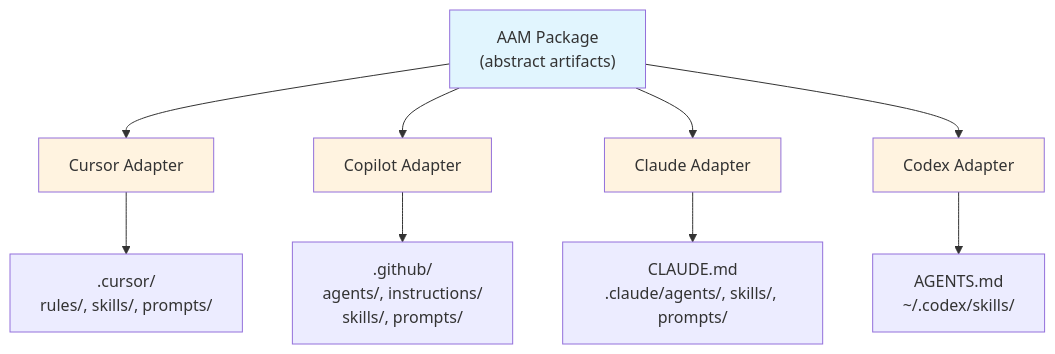
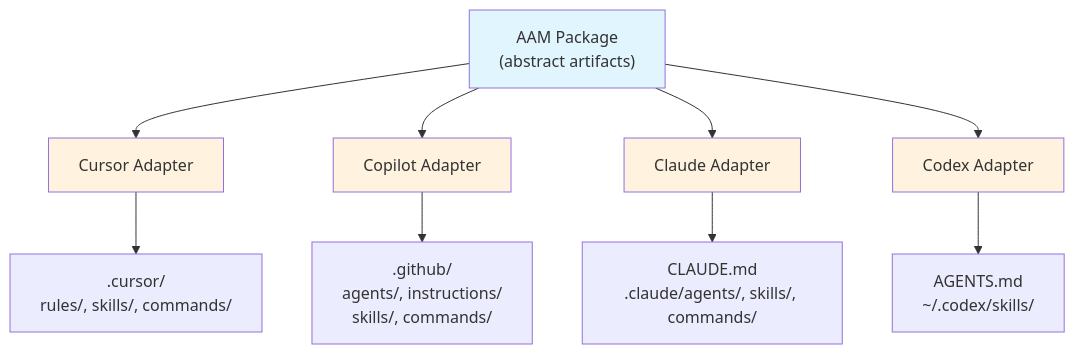
Before and after one commit to spazyCZ/agent-package-manager: the second of 3 diagrams in docs/DESIGN.md, drawn with Mermaid. The commit also changed other lines of this file and 167 other files, not shown here.

````diff
--- a/docs/DESIGN.md
+++ b/docs/DESIGN.md
@@ -2240,20 +2285,20 @@
 ```mermaid
 flowchart TB
     Package["AAM Package<br/>(abstract artifacts)"]
     
     Package --> CursorAdapter["Cursor Adapter"]
     Package --> CopilotAdapter["Copilot Adapter"]
     Package --> ClaudeAdapter["Claude Adapter"]
     Package --> CodexAdapter["Codex Adapter"]
     
-    CursorAdapter --> CursorFiles[".cursor/<br/>rules/, skills/, prompts/"]
-    CopilotAdapter --> CopilotFiles[".github/<br/>agents/, instructions/<br/>skills/, prompts/"]
-    ClaudeAdapter --> ClaudeFiles["CLAUDE.md<br/>.claude/agents/, skills/, prompts/"]
+    CursorAdapter --> CursorFiles[".cursor/<br/>rules/, skills/, commands/"]
+    CopilotAdapter --> CopilotFiles[".github/<br/>agents/, instructions/<br/>skills/, commands/"]
+    ClaudeAdapter --> ClaudeFiles["CLAUDE.md<br/>.claude/agents/, skills/, commands/"]
     CodexAdapter --> CodexFiles["AGENTS.md<br/>~/.codex/skills/"]
     
     style Package fill:#e1f5fe
     style CursorAdapter fill:#fff3e0
     style CopilotAdapter fill:#fff3e0
     style ClaudeAdapter fill:#fff3e0
     style CodexAdapter fill:#fff3e0
 ```
````
